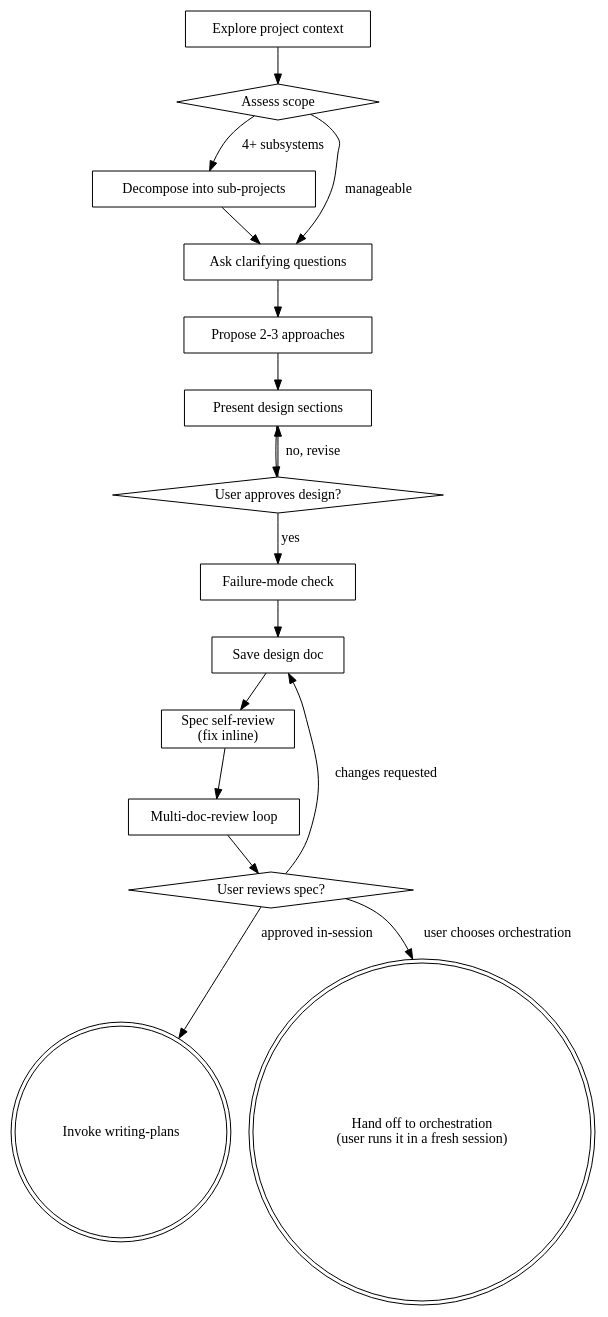
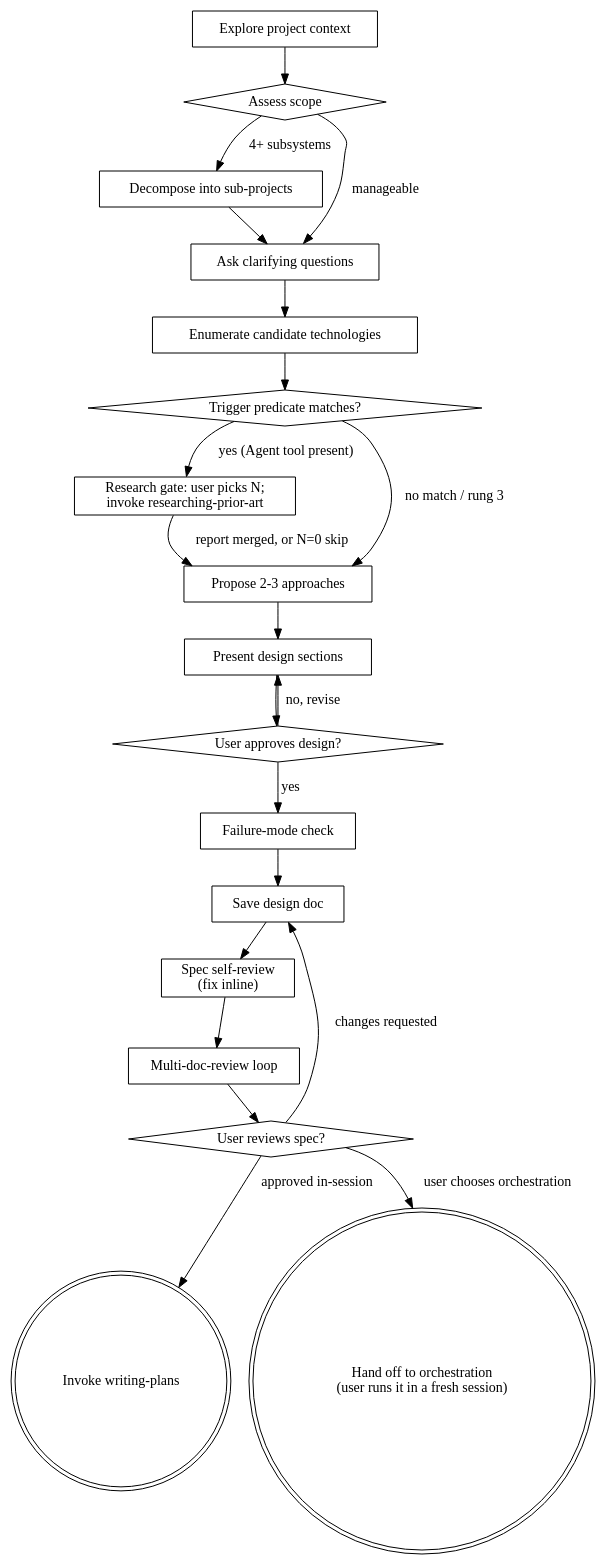
The diagram in skills/brainstorming/SKILL.md (brunob54/superpowers-orchestrator), drawn with Graphviz before and after one commit. The commit also changed other lines of this file, not shown here.

First line of the commit message:
feat(skills): brainstorming research gate, prior-art spec section, hard-gate carve-out

````diff
--- a/skills/brainstorming/SKILL.md
+++ b/skills/brainstorming/SKILL.md
@@ -45,36 +47,49 @@
 ```dot
 digraph brainstorming {
     "Explore project context" [shape=box];
     "Assess scope" [shape=diamond];
     "Decompose into sub-projects" [shape=box];
     "Ask clarifying questions" [shape=box];
+    "Enumerate candidate technologies" [shape=box];
+    // Trigger predicate (verbatim): This decision would add or change an
+    // entry in a dependency manifest (for example package.json,
+    // pyproject.toml, go.mod, Cargo.toml), or it depends on
+    // version-sensitive external API behavior, or it selects an external
+    // hosted service, platform, or base image that the system will depend
+    // on.
+    "Trigger predicate matches?" [shape=diamond];
+    "Research gate: user picks N;\ninvoke researching-prior-art" [shape=box];
     "Propose 2-3 approaches" [shape=box];
     "Present design sections" [shape=box];
     "User approves design?" [shape=diamond];
     "Failure-mode check" [shape=box];
     "Save design doc" [shape=box];
     "Spec self-review\n(fix inline)" [shape=box];
     "Multi-doc-review loop" [shape=box];
     "User reviews spec?" [shape=diamond];
     "Invoke writing-plans" [shape=doublecircle];
 
     "Explore project context" -> "Assess scope";
     "Assess scope" -> "Decompose into sub-projects" [label="4+ subsystems"];
     "Assess scope" -> "Ask clarifying questions" [label="manageable"];
     "Decompose into sub-projects" -> "Ask clarifying questions";
-    "Ask clarifying questions" -> "Propose 2-3 approaches";
+    "Ask clarifying questions" -> "Enumerate candidate technologies";
+    "Enumerate candidate technologies" -> "Trigger predicate matches?";
+    "Trigger predicate matches?" -> "Research gate: user picks N;\ninvoke researching-prior-art" [label="yes (Agent tool present)"];
+    "Trigger predicate matches?" -> "Propose 2-3 approaches" [label="no match / rung 3"];
+    "Research gate: user picks N;\ninvoke researching-prior-art" -> "Propose 2-3 approaches" [label="report merged, or N=0 skip"];
     "Propose 2-3 approaches" -> "Present design sections";
     "Present design sections" -> "User approves design?";
     "User approves design?" -> "Present design sections" [label="no, revise"];
     "User approves design?" -> "Failure-mode check" [label="yes"];
     "Failure-mode check" -> "Save design doc";
     "Save design doc" -> "Spec self-review\n(fix inline)";
     "Spec self-review\n(fix inline)" -> "Multi-doc-review loop";
     "Multi-doc-review loop" -> "User reviews spec?";
     "Hand off to orchestration\n(user runs it in a fresh session)" [shape=doublecircle];
 
     "User reviews spec?" -> "Save design doc" [label="changes requested"];
     "User reviews spec?" -> "Invoke writing-plans" [label="approved in-session"];
     "User reviews spec?" -> "Hand off to orchestration\n(user runs it in a fresh session)" [label="user chooses orchestration"];
 }
 ```
````
